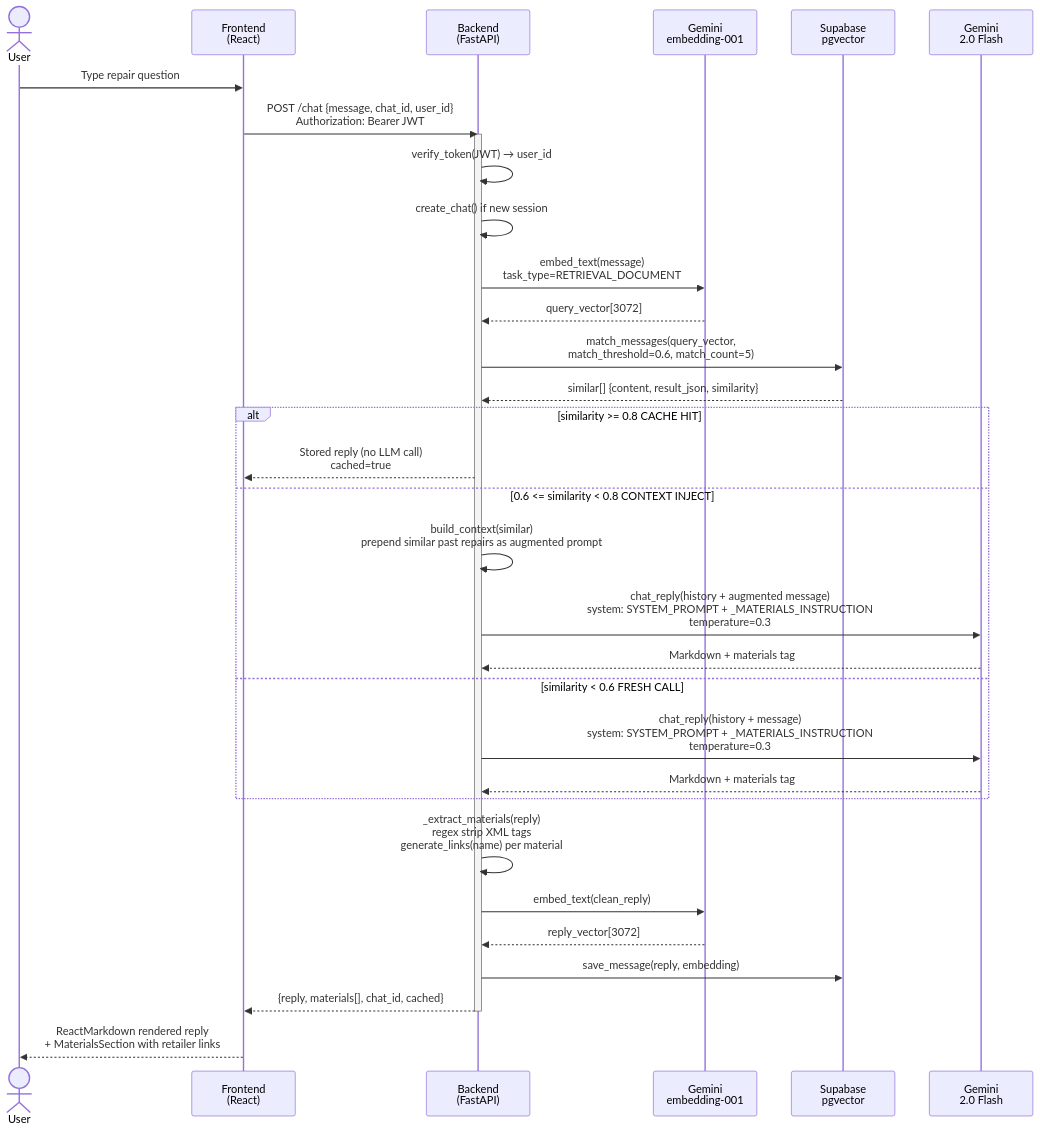
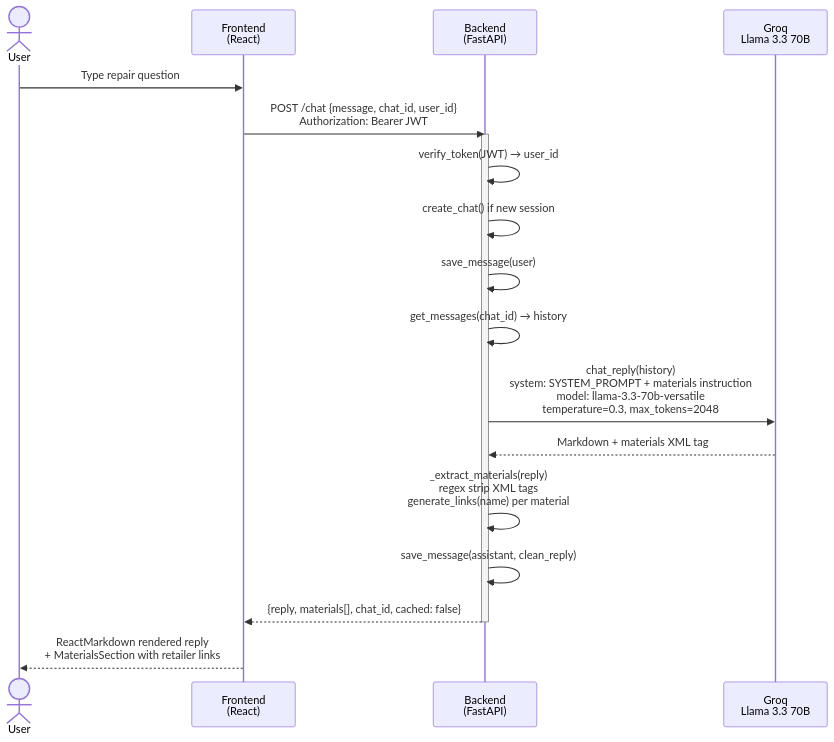
Before and after one commit to appliedintellligence-cmd/Task-AI: the fourth of 9 diagrams in ARCHITECTURE.md, drawn with Mermaid. The commit also changed other lines of this file and 1 other file, not shown here.

First line of the commit message:
docs: update ARCHITECTURE.md and README.md to reflect current stack

````diff
--- a/ARCHITECTURE.md
+++ b/ARCHITECTURE.md
@@ -226,44 +216,27 @@
 ```mermaid
 sequenceDiagram
     actor User
     participant FE as Frontend<br/>(React)
     participant BE as Backend<br/>(FastAPI)
-    participant GE as Gemini<br/>embedding-001
-    participant PG as Supabase<br/>pgvector
-    participant GF as Gemini<br/>2.0 Flash
+    participant GR as Groq<br/>Llama 3.3 70B
 
     User->>FE: Type repair question
     FE->>BE: POST /chat {message, chat_id, user_id}<br/>Authorization: Bearer JWT
     activate BE
 
     BE->>BE: verify_token(JWT) → user_id
     BE->>BE: create_chat() if new session
+    BE->>BE: save_message(user)
+    BE->>BE: get_messages(chat_id) → history
 
-    BE->>GE: embed_text(message)<br/>task_type=RETRIEVAL_DOCUMENT
-    GE-->>BE: query_vector[3072]
-
-    BE->>PG: match_messages(query_vector,<br/>match_threshold=0.6, match_count=5)
-    PG-->>BE: similar[] {content, result_json, similarity}
-
-    alt similarity >= 0.8  CACHE HIT
-        BE-->>FE: Stored reply (no LLM call)<br/>cached=true
-    else 0.6 <= similarity < 0.8  CONTEXT INJECT
-        BE->>BE: build_context(similar)<br/>prepend similar past repairs as augmented prompt
-        BE->>GF: chat_reply(history + augmented message)<br/>system: SYSTEM_PROMPT + _MATERIALS_INSTRUCTION<br/>temperature=0.3
-        GF-->>BE: Markdown + materials tag
-    else similarity < 0.6  FRESH CALL
-        BE->>GF: chat_reply(history + message)<br/>system: SYSTEM_PROMPT + _MATERIALS_INSTRUCTION<br/>temperature=0.3
-        GF-->>BE: Markdown + materials tag
-    end
+    BE->>GR: chat_reply(history)<br/>system: SYSTEM_PROMPT + materials instruction<br/>model: llama-3.3-70b-versatile<br/>temperature=0.3, max_tokens=2048
+    GR-->>BE: Markdown + materials XML tag
 
     BE->>BE: _extract_materials(reply)<br/>regex strip XML tags<br/>generate_links(name) per material
+    BE->>BE: save_message(assistant, clean_reply)
 
-    BE->>GE: embed_text(clean_reply)
-    GE-->>BE: reply_vector[3072]
-    BE->>PG: save_message(reply, embedding)
-
-    BE-->>FE: {reply, materials[], chat_id, cached}
+    BE-->>FE: {reply, materials[], chat_id, cached: false}
     deactivate BE
 
     FE-->>User: ReactMarkdown rendered reply<br/>+ MaterialsSection with retailer links
 ```
````
